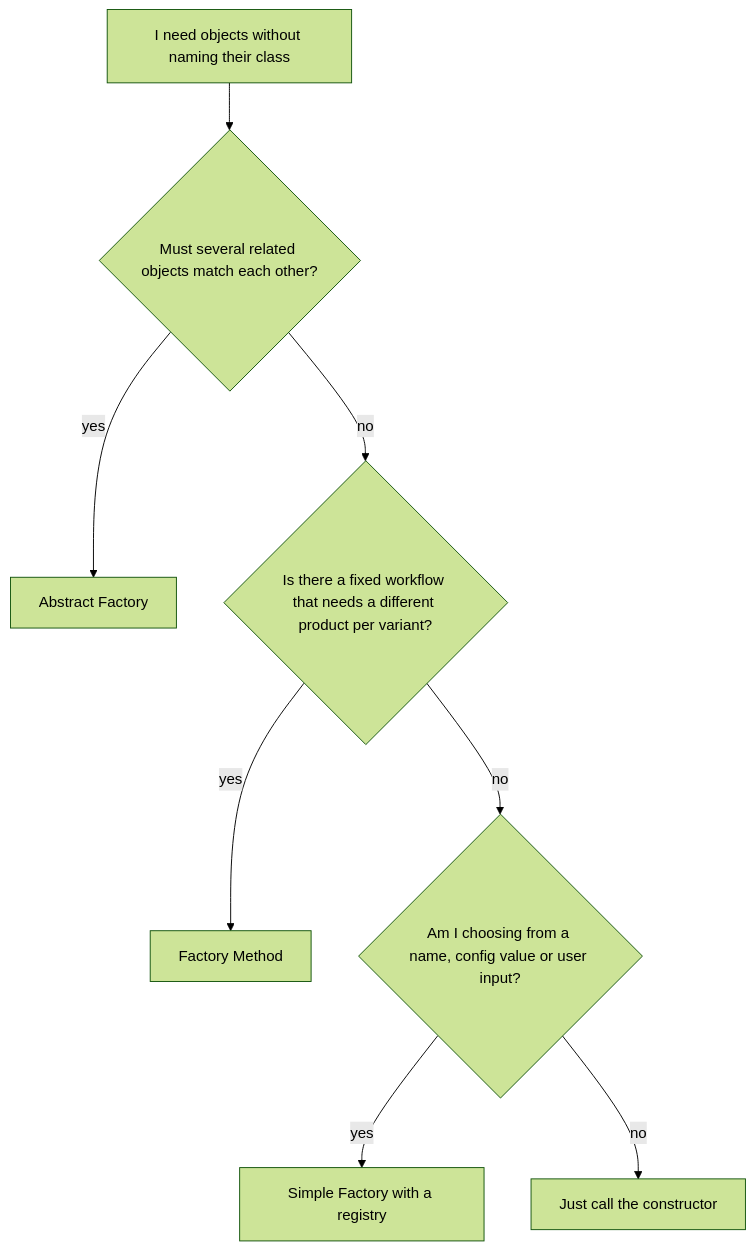
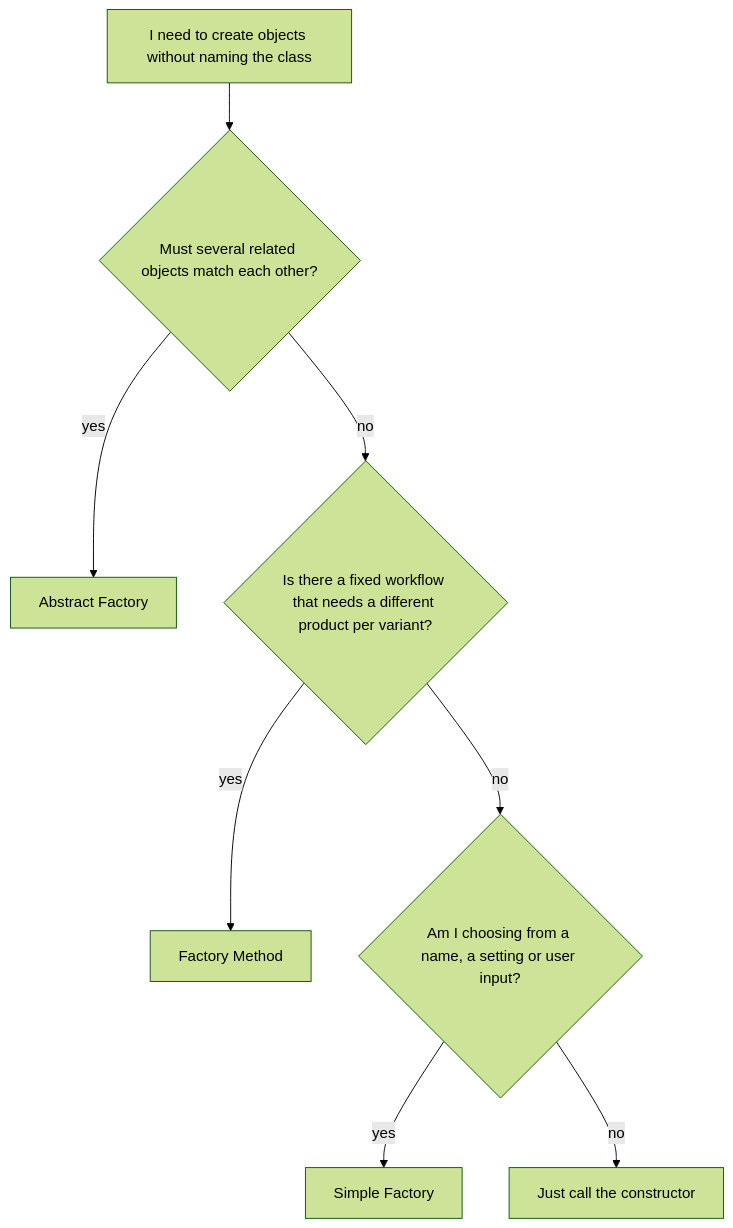
One commit to pankajsoni22/system-design changed the ninth of 11 diagrams in low-level-design/design-principles/factory-design-pattern/README.md. Above: the diagram before and after it, drawn with Mermaid (forest theme). The commit also changed other lines of this file and 7 other files, not shown here.

````diff
--- a/low-level-design/design-principles/factory-design-pattern/README.md
+++ b/low-level-design/design-principles/factory-design-pattern/README.md
@@ -215,10 +820,10 @@
 ```mermaid
 flowchart TD
-    A[I need objects without naming their class] --> B{Must several related objects match each other?}
+    A[I need to create objects without naming the class] --> B{Must several related objects match each other?}
     B -- yes --> AF[Abstract Factory]
     B -- no --> C{Is there a fixed workflow that needs a different product per variant?}
     C -- yes --> FM[Factory Method]
-    C -- no --> D{Am I choosing from a name, config value or user input?}
-    D -- yes --> SF[Simple Factory with a registry]
+    C -- no --> D{Am I choosing from a name, a setting or user input?}
+    D -- yes --> SF[Simple Factory]
     D -- no --> E[Just call the constructor]
 ```
````
